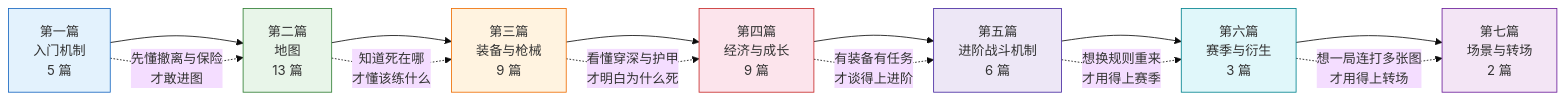
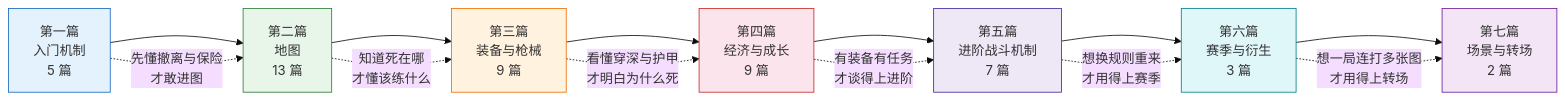
One commit to GTX950L/tarkov-encyclopedia changed the diagram in content/README.md. Above: the diagram before and after it, drawn with Mermaid (base theme). The commit also changed other lines of this file and 55 other files, not shown here.

````diff
--- a/content/README.md
+++ b/content/README.md
@@ -16,24 +16,24 @@
 ```mermaid
 flowchart LR
     A[第一篇<br/>入门机制<br/>5 篇] --> B[第二篇<br/>地图<br/>13 篇]
     B --> C[第三篇<br/>装备与枪械<br/>9 篇]
     C --> D[第四篇<br/>经济与成长<br/>9 篇]
-    D --> E[第五篇<br/>进阶战斗机制<br/>6 篇]
+    D --> E[第五篇<br/>进阶战斗机制<br/>7 篇]
     E --> F[第六篇<br/>赛季与衍生<br/>3 篇]
     F --> G[第七篇<br/>场景与转场<br/>2 篇]
 
     A -. 先懂撤离与保险<br/>才敢进图 .-> B
     B -. 知道死在哪<br/>才懂该练什么 .-> C
     C -. 看懂穿深与护甲<br/>才明白为什么死 .-> D
     D -. 有装备有任务<br/>才谈得上进阶 .-> E
     E -. 想换规则重来<br/>才用得上赛季 .-> F
     F -. 想一局连打多张图<br/>才用得上转场 .-> G
 
     style A fill:#e3f2fd,stroke:#1565c0
     style B fill:#e8f5e9,stroke:#2e7d32
     style C fill:#fff3e0,stroke:#ef6c00
     style D fill:#fce4ec,stroke:#c62828
     style E fill:#ede7f6,stroke:#4527a0
     style F fill:#e0f7fa,stroke:#00838f
     style G fill:#f3e5f5,stroke:#6a1b9a
 ```
````
